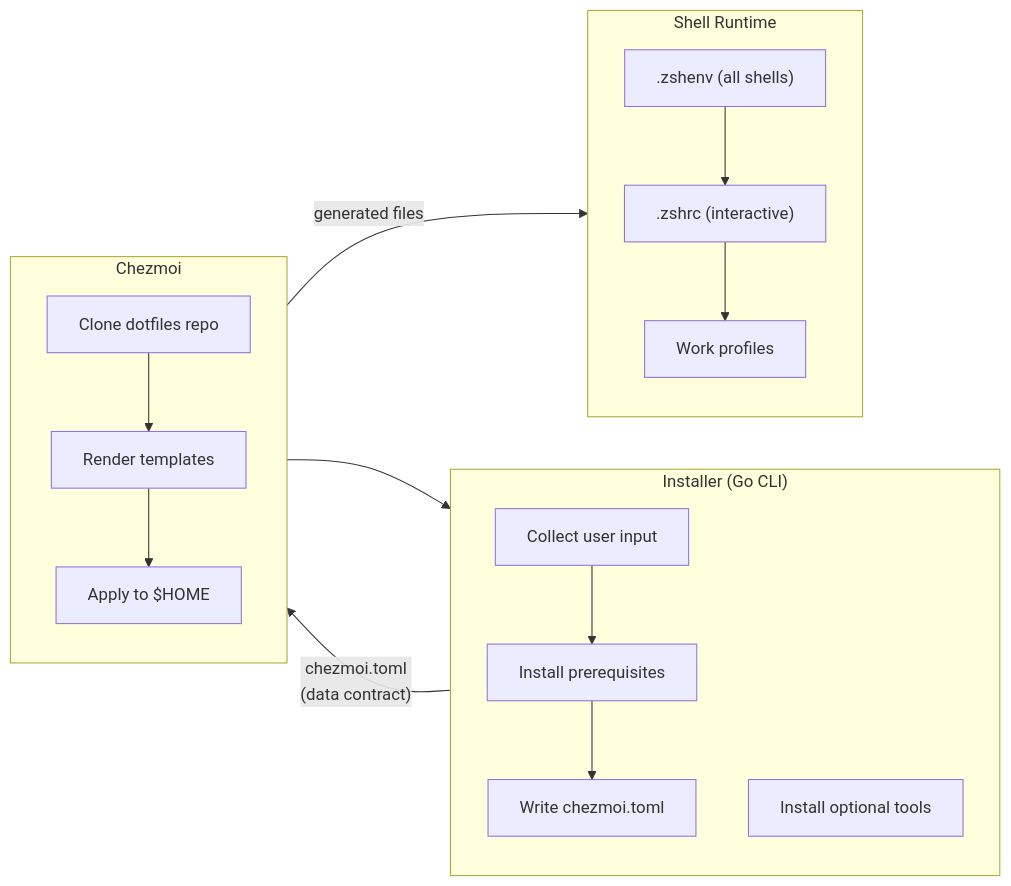
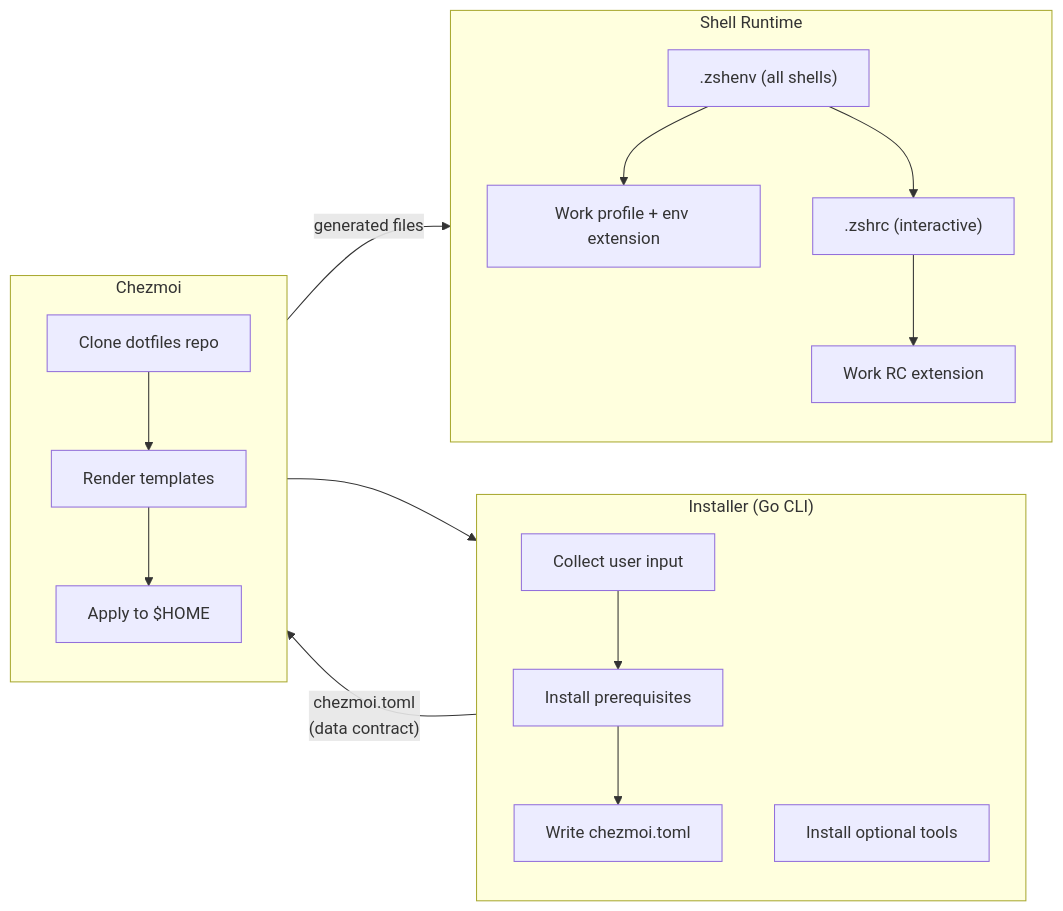
One commit to MrPointer/dotfiles changed the diagram in docs/architecture.md. Above: the diagram before and after it, drawn with Mermaid. The commit also changed other lines of this file and 18 other files, not shown here.

````diff
--- a/docs/architecture.md
+++ b/docs/architecture.md
@@ -71,32 +63,34 @@
 ```mermaid
 flowchart LR
     subgraph installer ["Installer (Go CLI)"]
         direction TB
         I1[Collect user input]
         I2[Install prerequisites]
         I3[Write chezmoi.toml]
         I4[Install optional tools]
     end
 
     subgraph chezmoi ["Chezmoi"]
         direction TB
         C1["Clone dotfiles repo"]
         C2["Render templates"]
         C3["Apply to $HOME"]
     end
 
     subgraph runtime ["Shell Runtime"]
         direction TB
         R1[".zshenv (all shells)"]
         R2[".zshrc (interactive)"]
-        R3["Work profiles"]
+        R3["Work profile + env extension"]
+        R4["Work RC extension"]
     end
 
     I1 --> I2 --> I3
     I3 -- "chezmoi.toml\n(data contract)" --> C1
     C1 --> C2 --> C3
     C3 -- "generated files" --> R1
     C3 --> I4
+    R1 --> R3
     R1 --> R2
-    R2 --> R3
+    R2 --> R4
 ```
````
